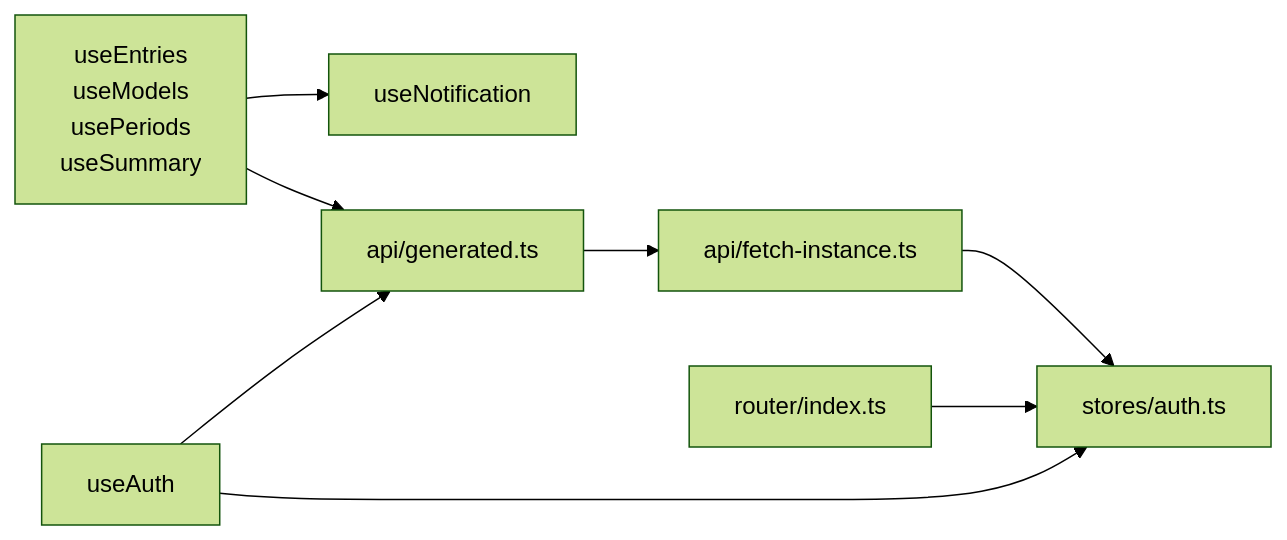
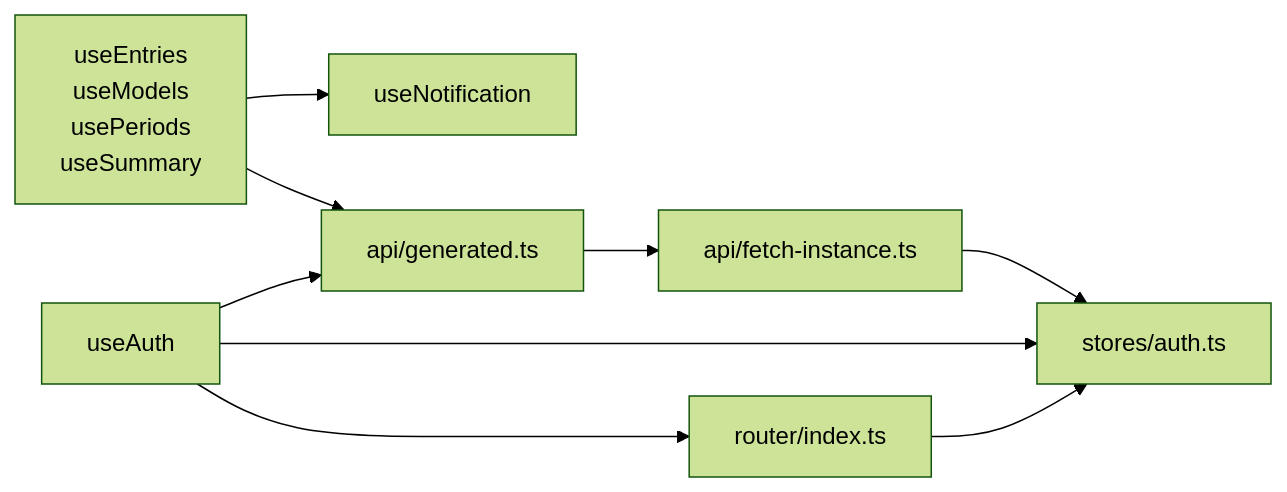
The fifth of 16 diagrams in docs/dependances.md (brieuc/dailyvue), drawn with Mermaid (forest theme) before and after one commit. The commit also changed other lines of this file and 30 other files, not shown here.

````diff
--- a/docs/dependances.md
+++ b/docs/dependances.md
@@ -148,10 +147,11 @@
 ```mermaid
 flowchart LR
     data["useEntries<br/>useModels<br/>usePeriods<br/>useSummary"] --> useNotification
     data --> api["api/generated.ts"]
     useAuth --> api
     useAuth --> store["stores/auth.ts"]
+    useAuth --> router["router/index.ts"]
     api --> fetch["api/fetch-instance.ts"]
     fetch --> store
-    router["router/index.ts"] --> store
+    router --> store
 ```
````
